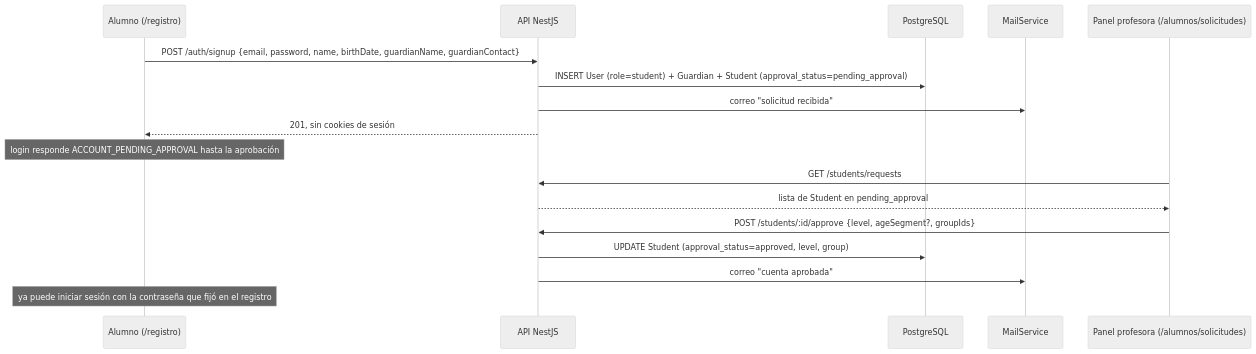
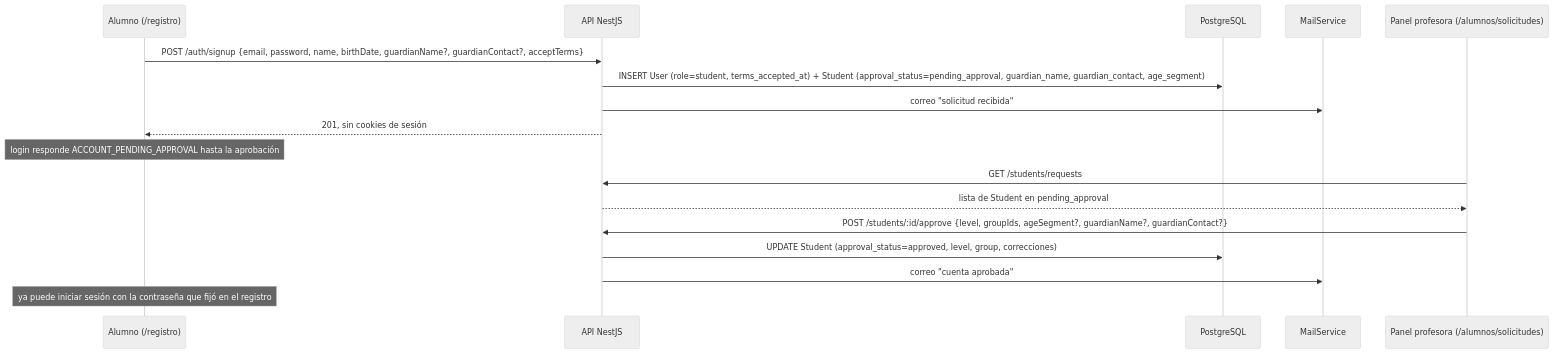
Before and after one commit to Samuel-Duque/englove: the third of 5 diagrams in planning/architecture-overview.md, drawn with Mermaid (neutral theme). The commit also changed other lines of this file and 5 other files, not shown here.

````diff
--- a/planning/architecture-overview.md
+++ b/planning/architecture-overview.md
@@ -426,19 +512,19 @@
 ```mermaid
 sequenceDiagram
   participant S as Alumno (/registro)
   participant A as API NestJS
   participant DB as PostgreSQL
   participant M as MailService
   participant T as Panel profesora (/alumnos/solicitudes)
-  S->>A: POST /auth/signup {email, password, name, birthDate, guardianName, guardianContact}
-  A->>DB: INSERT User (role=student) + Guardian + Student (approval_status=pending_approval)
+  S->>A: POST /auth/signup {email, password, name, birthDate, guardianName?, guardianContact?, acceptTerms}
+  A->>DB: INSERT User (role=student, terms_accepted_at) + Student (approval_status=pending_approval, guardian_name, guardian_contact, age_segment)
   A->>M: correo "solicitud recibida"
   A-->>S: 201, sin cookies de sesión
   Note over S: login responde ACCOUNT_PENDING_APPROVAL hasta la aprobación
   T->>A: GET /students/requests
   A-->>T: lista de Student en pending_approval
-  T->>A: POST /students/:id/approve {level, ageSegment?, groupIds}
-  A->>DB: UPDATE Student (approval_status=approved, level, group)
+  T->>A: POST /students/:id/approve {level, groupIds, ageSegment?, guardianName?, guardianContact?}
+  A->>DB: UPDATE Student (approval_status=approved, level, group, correcciones)
   A->>M: correo "cuenta aprobada"
   Note over S: ya puede iniciar sesión con la contraseña que fijó en el registro
 ```
````
